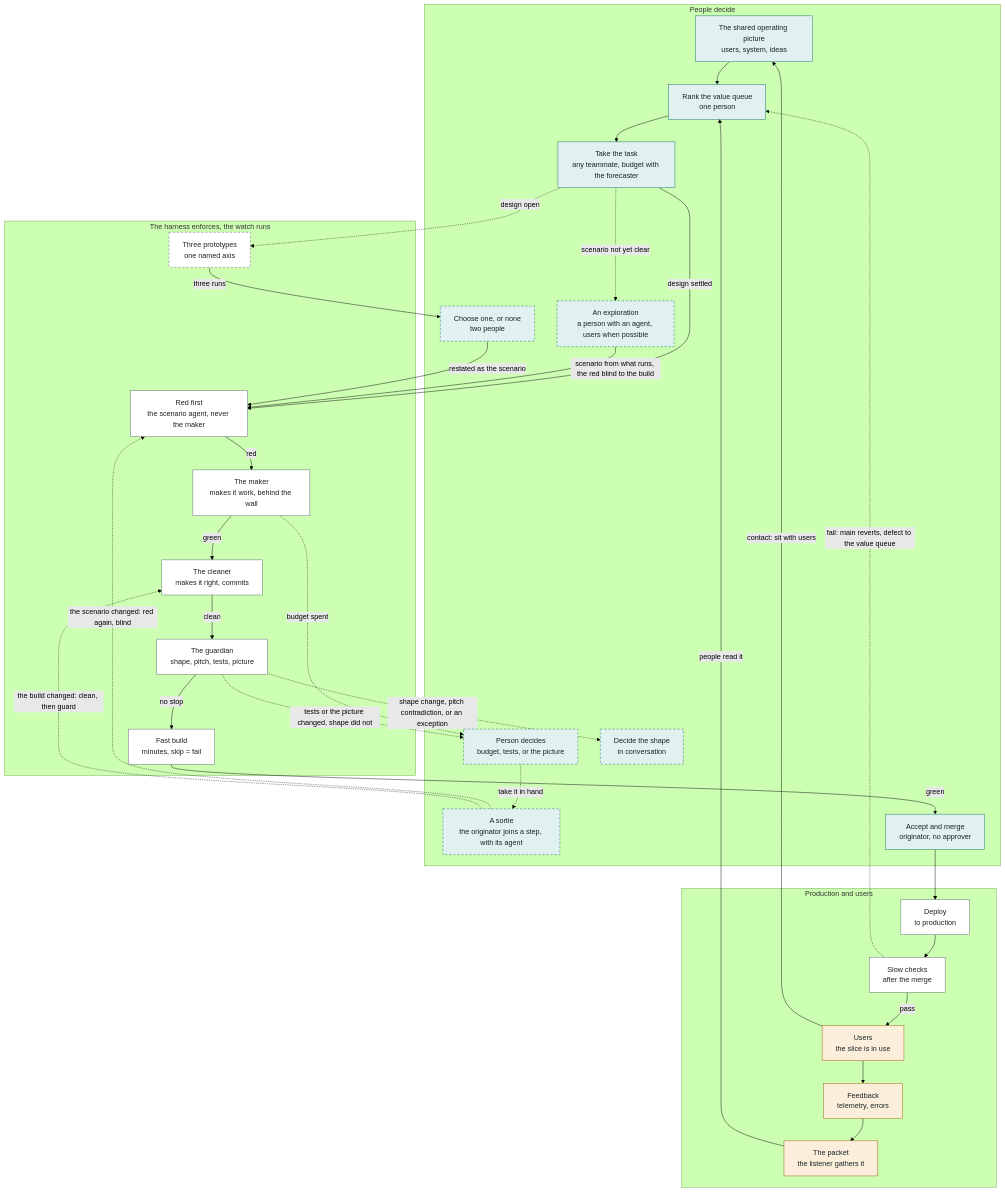
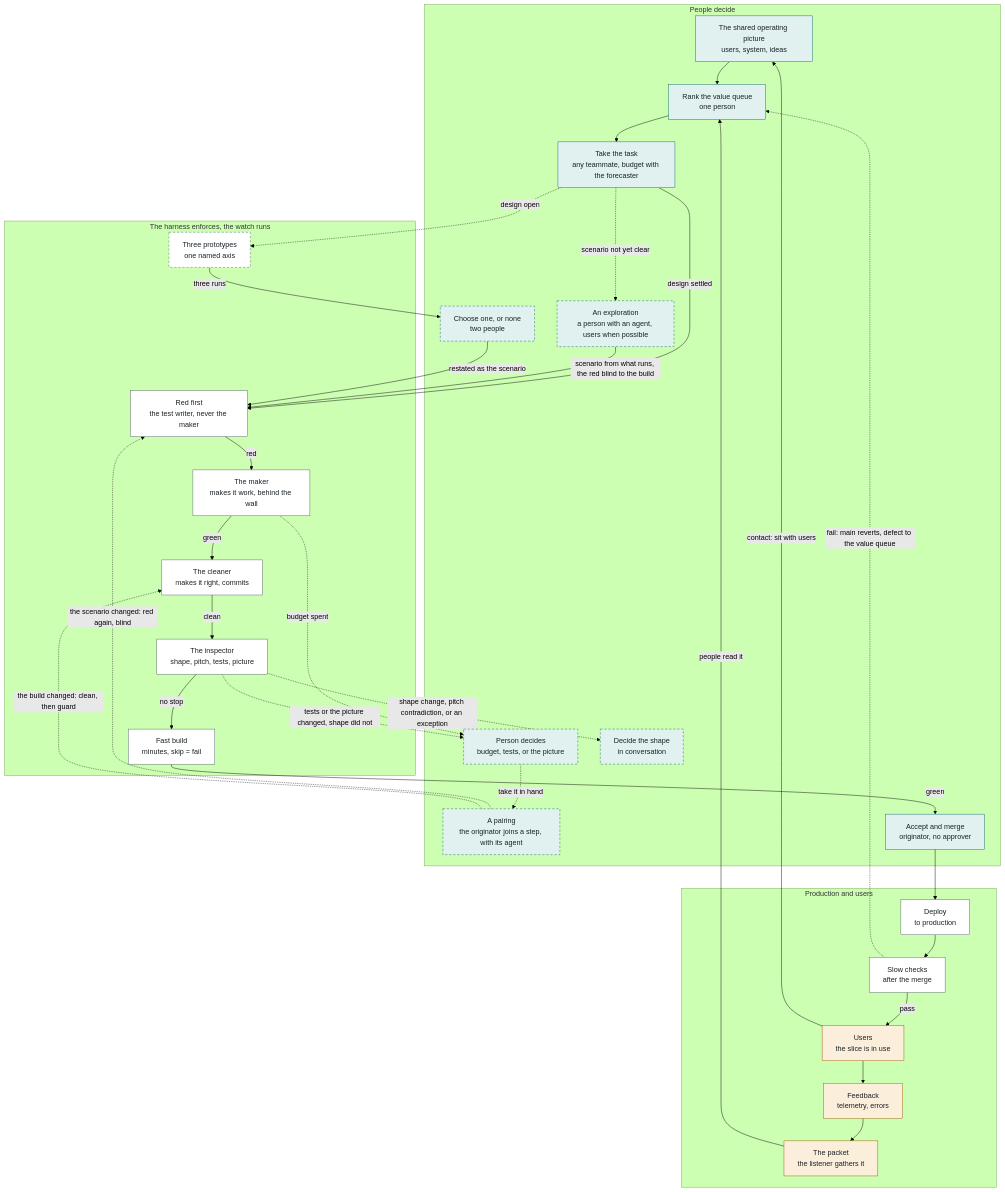
Before and after one commit to seanpk/xtremevibing.com: the diagram in loop.md, drawn with Mermaid (forest theme). The commit also changed other lines of this file and 3 other files, not shown here.

````diff
--- a/loop.md
+++ b/loop.md
@@ -56,66 +56,66 @@
 ```mermaid
 flowchart TB
   subgraph People["People decide"]
     picture["The shared operating picture<br/>users, system, ideas"]
     rank["Rank the value queue<br/>one person"]
     take["Take the task<br/>any teammate, budget with the forecaster"]
     explore["An exploration<br/>a person with an agent, users when possible"]
     choose["Choose one, or none<br/>two people"]
     decide["Person decides<br/>budget, tests, or the picture"]
-    sortie["A sortie<br/>the originator joins a step, with its agent"]
+    pairing["A pairing<br/>the originator joins a step, with its agent"]
     shape["Decide the shape<br/>in conversation"]
     merge["Accept and merge<br/>originator, no approver"]
   end
 
   subgraph Harness["The harness enforces, the watch runs"]
     protos["Three prototypes<br/>one named axis"]
-    red["Red first<br/>the scenario agent, never the maker"]
+    red["Red first<br/>the test writer, never the maker"]
     maker["The maker<br/>makes it work, behind the wall"]
     cleaner["The cleaner<br/>makes it right, commits"]
-    guardian["The guardian<br/>shape, pitch, tests, picture"]
+    inspector["The inspector<br/>shape, pitch, tests, picture"]
     build["Fast build<br/>minutes, skip = fail"]
   end
 
   subgraph Use["Production and users"]
     deploy["Deploy<br/>to production"]
     slow["Slow checks<br/>after the merge"]
     users["Users<br/>the slice is in use"]
     feedback["Feedback<br/>telemetry, errors"]
     packet["The packet<br/>the listener gathers it"]
   end
 
   picture --> rank --> take
   take -- "design settled" --> red
   take -. "design open" .-> protos
   take -. "scenario not yet clear" .-> explore
   explore -- "scenario from what runs, the red blind to the build" --> red
   protos -- "three runs" --> choose
   choose -- "restated as the scenario" --> red
   red -- "red" --> maker
   maker -- "green" --> cleaner
-  cleaner -- "clean" --> guardian
-  guardian -- "no stop" --> build
+  cleaner -- "clean" --> inspector
+  inspector -- "no stop" --> build
   build -- "green" --> merge
   merge --> deploy --> slow
   slow -- "pass" --> users
   slow -. "fail: main reverts, defect to the value queue" .-> rank
   users --> feedback
   feedback --> packet
   packet -- "people read it" --> rank
   users -- "contact: sit with users" --> picture
   maker -. "budget spent" .-> decide
-  guardian -. "tests or the picture changed, shape did not" .-> decide
-  guardian -. "shape change, pitch contradiction, or an exception" .-> shape
-  decide -. "take it in hand" .-> sortie
-  sortie -. "the scenario changed: red again, blind" .-> red
-  sortie -. "the build changed: clean, then guard" .-> cleaner
+  inspector -. "tests or the picture changed, shape did not" .-> decide
+  inspector -. "shape change, pitch contradiction, or an exception" .-> shape
+  decide -. "take it in hand" .-> pairing
+  pairing -. "the scenario changed: red again, blind" .-> red
+  pairing -. "the build changed: clean, then guard" .-> cleaner
 
   classDef people fill:#e0f1ef,stroke:#0d6a66,color:#1a2126
   classDef harness fill:#ffffff,stroke:#56626b,color:#1a2126
   classDef use fill:#fbefdc,stroke:#9a5a00,color:#1a2126
   classDef cond stroke-dasharray:5 4
-  class picture,rank,take,explore,choose,decide,sortie,shape,merge people
-  class protos,red,maker,cleaner,guardian,build,deploy,slow harness
+  class picture,rank,take,explore,choose,decide,pairing,shape,merge people
+  class protos,red,maker,cleaner,inspector,build,deploy,slow harness
   class users,feedback,packet use
-  class choose,decide,sortie,shape,protos,explore cond
+  class choose,decide,pairing,shape,protos,explore cond
 ```
````
